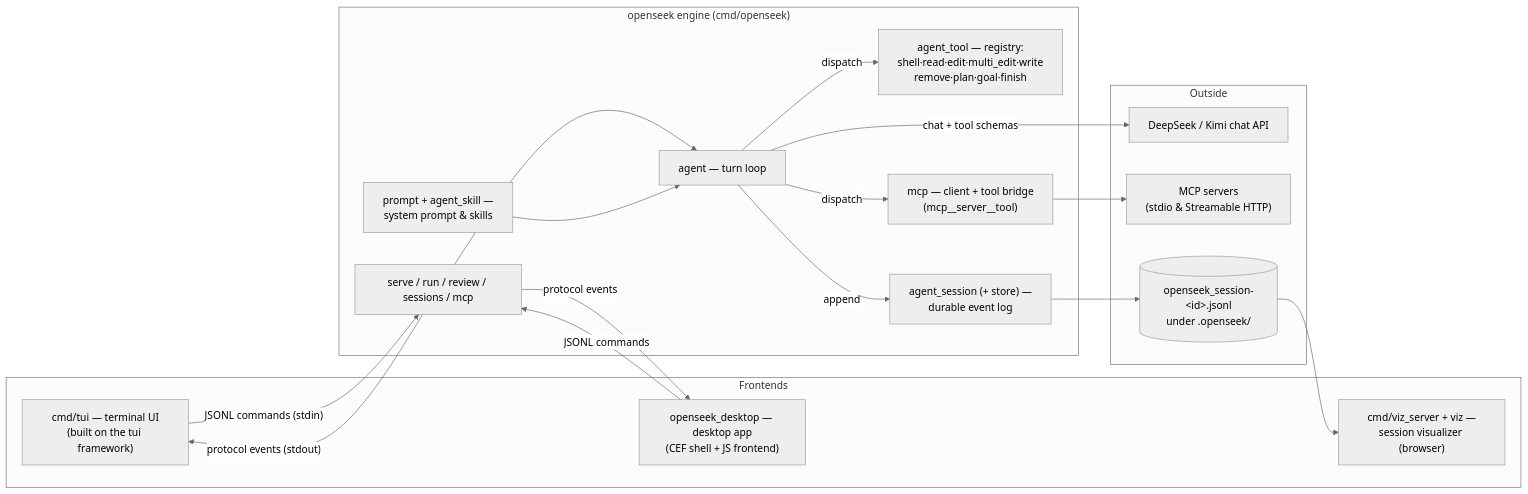
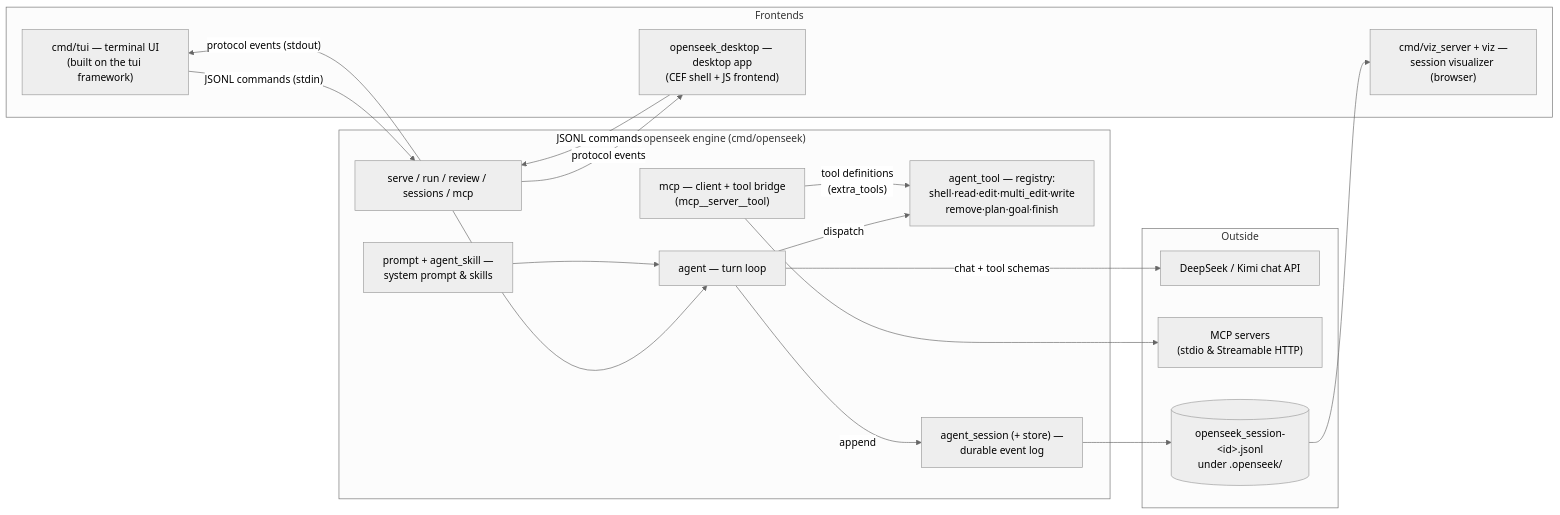
Before and after one commit to 0717lee/openseek: the first of 3 diagrams in docs/architecture.md, drawn with Mermaid (neutral theme). The commit also changed other lines of this file and 1 other file, not shown here.

First line of the commit message:
docs: correct remove-tool scope, compaction, MCP dispatch, store layout

````diff
--- a/docs/architecture.md
+++ b/docs/architecture.md
@@ -17,37 +17,37 @@
 ```mermaid
 flowchart LR
   subgraph frontends [Frontends]
     TUI["cmd/tui — terminal UI<br/>(built on the tui framework)"]
     DESKTOP["openseek_desktop — desktop app<br/>(CEF shell + JS frontend)"]
     VIZ["cmd/viz_server + viz —<br/>session visualizer (browser)"]
   end
 
   subgraph engine ["openseek engine (cmd/openseek)"]
     SERVE["serve / run / review / sessions / mcp"]
     AGENT["agent — turn loop"]
     TOOLS["agent_tool — registry:<br/>shell·read·edit·multi_edit·write<br/>remove·plan·goal·finish"]
     MCP["mcp — client + tool bridge<br/>(mcp__server__tool)"]
     PROMPT["prompt + agent_skill —<br/>system prompt & skills"]
     SESSION["agent_session (+ store) —<br/>durable event log"]
   end
 
   subgraph outside [Outside]
     API["DeepSeek / Kimi chat API"]
     MCPSRV["MCP servers<br/>(stdio & Streamable HTTP)"]
     FILES[("openseek_session-&lt;id&gt;.jsonl<br/>under .openseek/")]
   end
 
   TUI -- "JSONL commands (stdin)" --> SERVE
   DESKTOP -- "JSONL commands" --> SERVE
   SERVE -- "protocol events (stdout)" --> TUI
   SERVE -- "protocol events" --> DESKTOP
   SERVE --> AGENT
   PROMPT --> AGENT
   AGENT -- "chat + tool schemas" --> API
   AGENT -- dispatch --> TOOLS
-  AGENT -- dispatch --> MCP
+  MCP -- "tool definitions<br/>(extra_tools)" --> TOOLS
   MCP --> MCPSRV
   AGENT -- append --> SESSION
   SESSION --> FILES
   FILES --> VIZ
 ```
````
